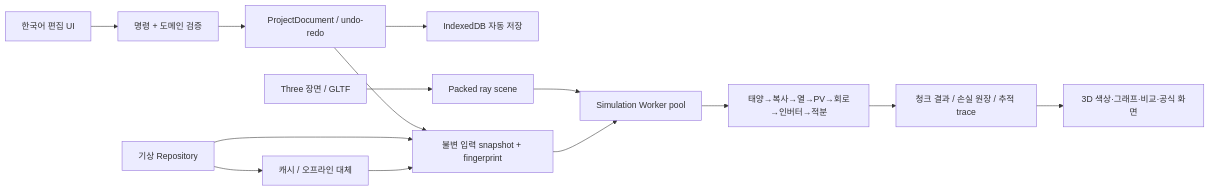
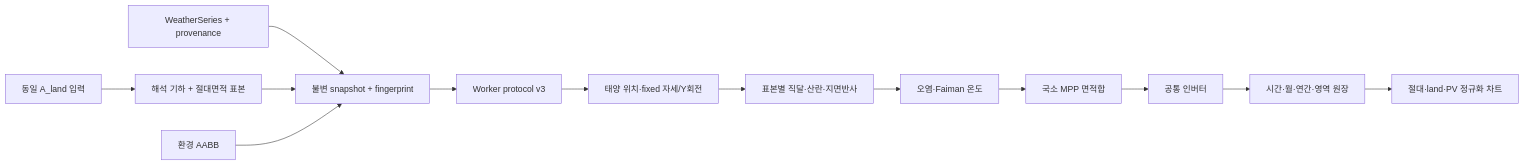
One commit to mjayj9/science_simulation_1 changed the diagram in docs/architecture.md. Above: the diagram before and after it, drawn with Mermaid. The commit also changed other lines of this file and 42 other files, not shown here.

````diff
--- a/docs/architecture.md
+++ b/docs/architecture.md
@@ -137,16 +85,15 @@
 ```mermaid
 flowchart LR
-  UI["한국어 편집 UI"] --> CMD["명령 + 도메인 검증"]
-  CMD --> DOC["ProjectDocument / undo-redo"]
-  DOC --> IDB["IndexedDB 자동 저장"]
-  DOC --> SNAP["불변 입력 snapshot + fingerprint"]
-  API["기상 Repository"] --> SNAP
-  API --> FALLBACK["캐시 / 오프라인 대체"]
-  FALLBACK --> SNAP
-  THREE["Three 장면 / GLTF"] --> PACK["Packed ray scene"]
-  PACK --> POOL["Simulation Worker pool"]
-  SNAP --> POOL
-  POOL --> CORE["태양→복사→열→PV→회로→인버터→적분"]
-  CORE --> RESULT["청크 결과 / 손실 원장 / 추적 trace"]
-  RESULT --> VIEW["3D 색상·그래프·비교·공식 화면"]
+  UI["동일 A_land 입력"] --> GEO["해석 기하 + 절대면적 표본"]
+  WX["WeatherSeries + provenance"] --> SNAP["불변 snapshot + fingerprint"]
+  GEO --> SNAP
+  OBS["환경 AABB"] --> SNAP
+  SNAP --> WK["Worker protocol v3"]
+  WK --> SUN["태양 위치·fixed 자세/Y회전"]
+  SUN --> POA["표본별 직달·산란·지면반사"]
+  POA --> TEMP["오염·Faiman 온도"]
+  TEMP --> MPP["국소 MPP 면적합"]
+  MPP --> INV["공통 인버터"]
+  INV --> SUM["시간·월·연간·영역 원장"]
+  SUM --> VIEW["절대·land·PV 정규화 차트"]
 ```
````
